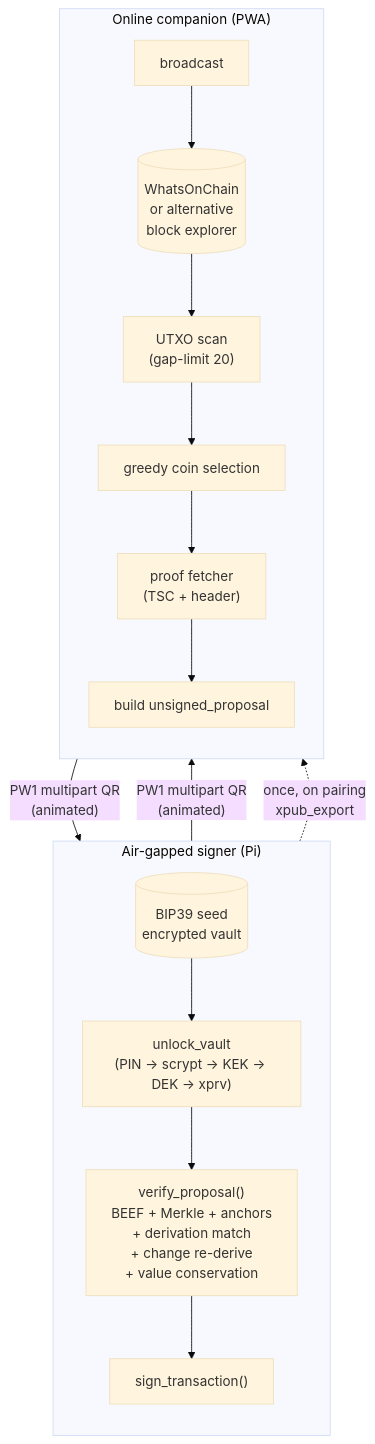
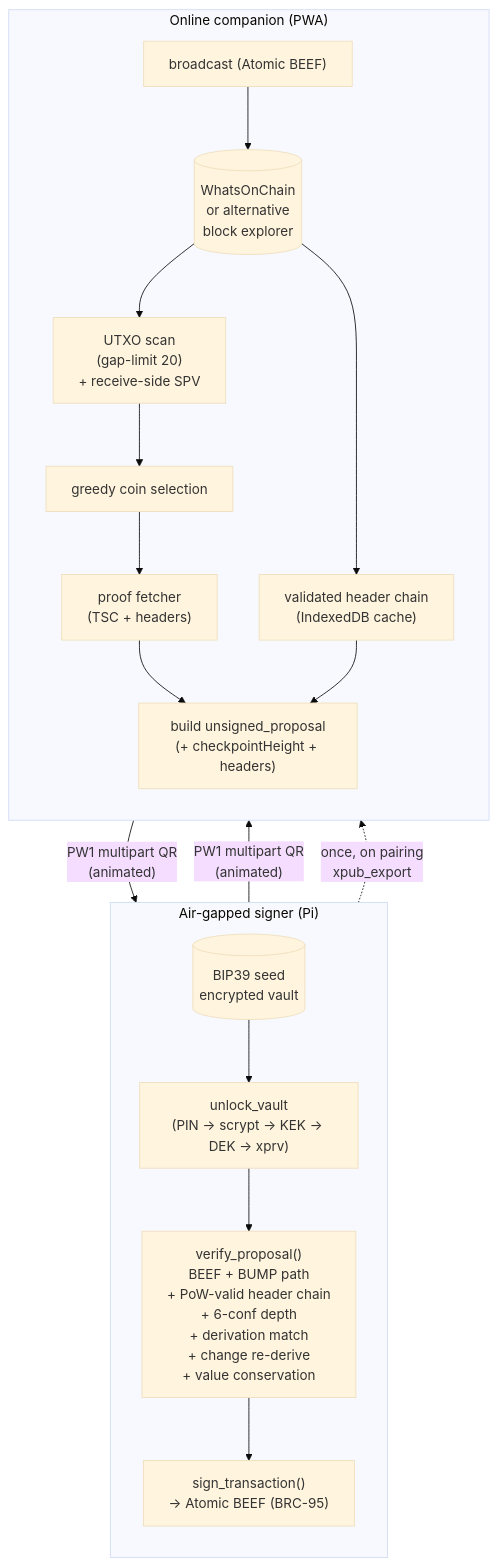
The diagram in docs/architecture.md (mohrt/PiWalletSV), drawn with Mermaid (base theme) before and after one commit. The commit also changed other lines of this file and 21 other files, not shown here.

````diff
--- a/docs/architecture.md
+++ b/docs/architecture.md
@@ -16,27 +16,29 @@
 ```mermaid
 flowchart TB
   subgraph air["Air-gapped signer (Pi)"]
     direction TB
     seed[("BIP39 seed<br/>encrypted vault")]
     decrypt["unlock_vault<br/>(PIN → scrypt → KEK → DEK → xprv)"]
-    verify["verify_proposal()<br/>BEEF + Merkle + anchors<br/>+ derivation match<br/>+ change re-derive<br/>+ value conservation"]
-    sign["sign_transaction()"]
+    verify["verify_proposal()<br/>BEEF + BUMP path<br/>+ PoW-valid header chain<br/>+ 6-conf depth<br/>+ derivation match<br/>+ change re-derive<br/>+ value conservation"]
+    sign["sign_transaction()<br/>→ Atomic BEEF (BRC-95)"]
     seed --> decrypt --> verify --> sign
   end
 
   subgraph online["Online companion (PWA)"]
     direction TB
     backend[("WhatsOnChain<br/>or alternative<br/>block explorer")]
-    scan["UTXO scan<br/>(gap-limit 20)"]
+    scan["UTXO scan<br/>(gap-limit 20)<br/>+ receive-side SPV"]
     select["greedy coin selection"]
-    proof["proof fetcher<br/>(TSC + header)"]
-    build["build unsigned_proposal"]
-    bcast["broadcast"]
+    proof["proof fetcher<br/>(TSC + headers)"]
+    chain["validated header chain<br/>(IndexedDB cache)"]
+    build["build unsigned_proposal<br/>(+ checkpointHeight + headers)"]
+    bcast["broadcast (Atomic BEEF)"]
     backend --> scan --> select --> proof --> build
+    backend --> chain --> build
     bcast --> backend
   end
 
   build -- "PW1 multipart QR<br/>(animated)" --> verify
   sign -- "PW1 multipart QR<br/>(animated)" --> bcast
   seed -.->|"once, on pairing<br/>xpub_export"| backend
 ```
````
